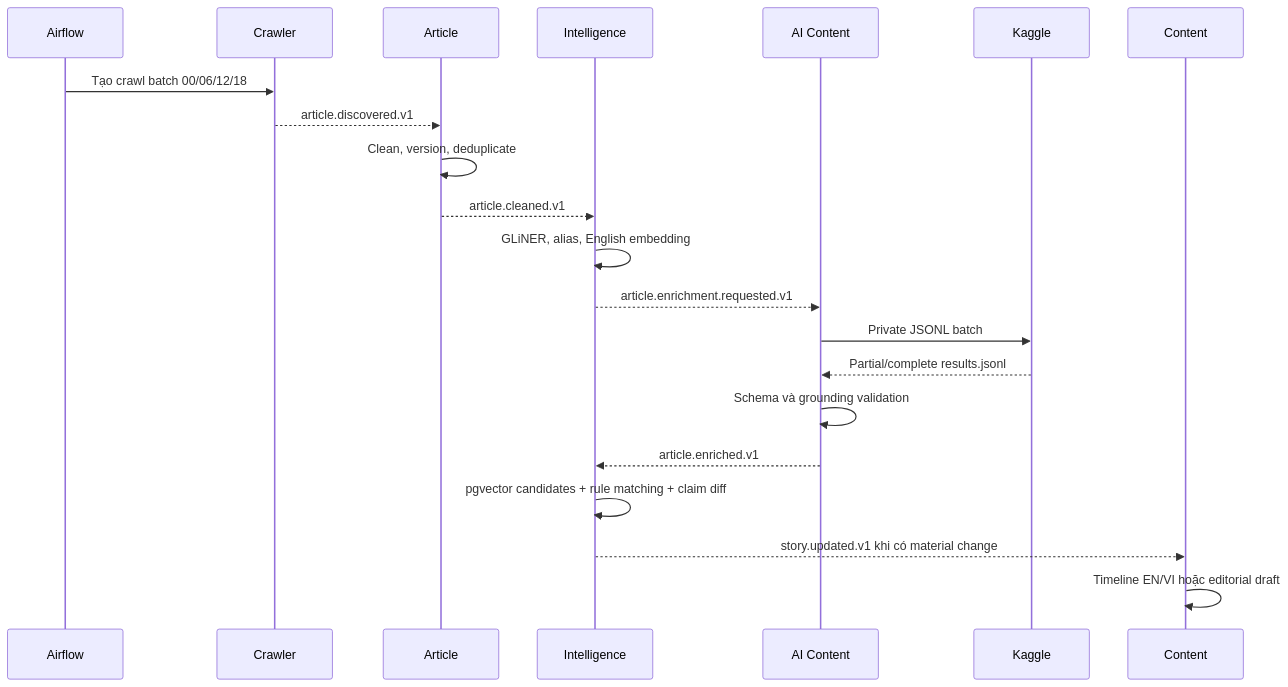
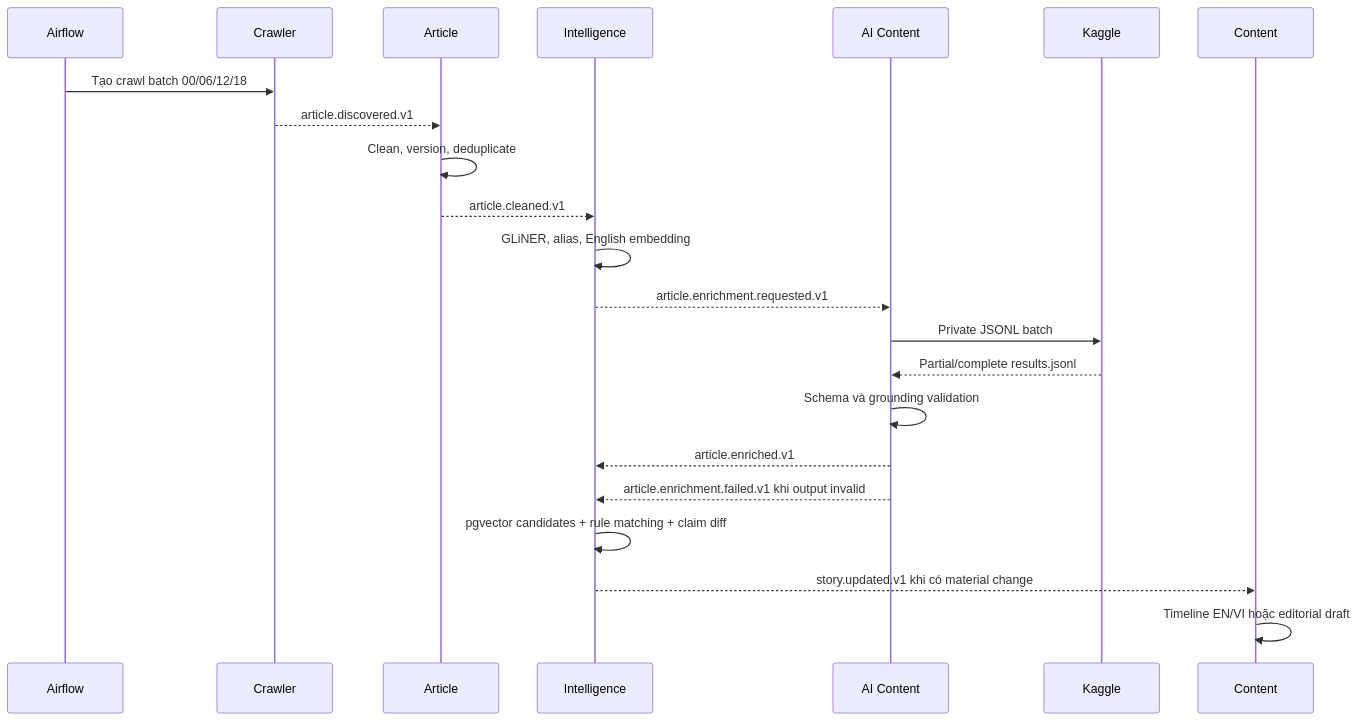
Before and after one commit to marvinphung/project3: the second of 2 diagrams in docs/architecture.md, drawn with Mermaid. The commit also changed other lines of this file and 36 other files, not shown here.

````diff
--- a/docs/architecture.md
+++ b/docs/architecture.md
@@ -69,24 +69,25 @@
 ```mermaid
 sequenceDiagram
     participant AF as Airflow
     participant CR as Crawler
     participant AR as Article
     participant IN as Intelligence
     participant AI as AI Content
     participant KG as Kaggle
     participant CO as Content
 
     AF->>CR: Tạo crawl batch 00/06/12/18
     CR-->>AR: article.discovered.v1
     AR->>AR: Clean, version, deduplicate
     AR-->>IN: article.cleaned.v1
     IN->>IN: GLiNER, alias, English embedding
     IN-->>AI: article.enrichment.requested.v1
     AI->>KG: Private JSONL batch
     KG-->>AI: Partial/complete results.jsonl
     AI->>AI: Schema và grounding validation
     AI-->>IN: article.enriched.v1
+    AI-->>IN: article.enrichment.failed.v1 khi output invalid
     IN->>IN: pgvector candidates + rule matching + claim diff
     IN-->>CO: story.updated.v1 khi có material change
     CO->>CO: Timeline EN/VI hoặc editorial draft
 ```
````
